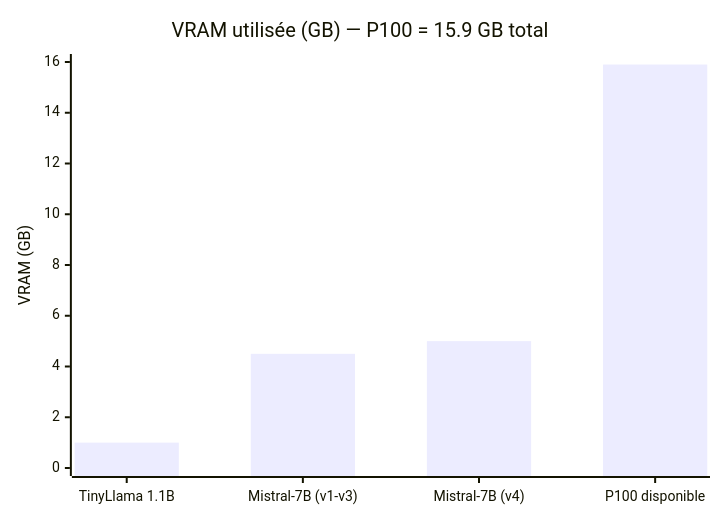
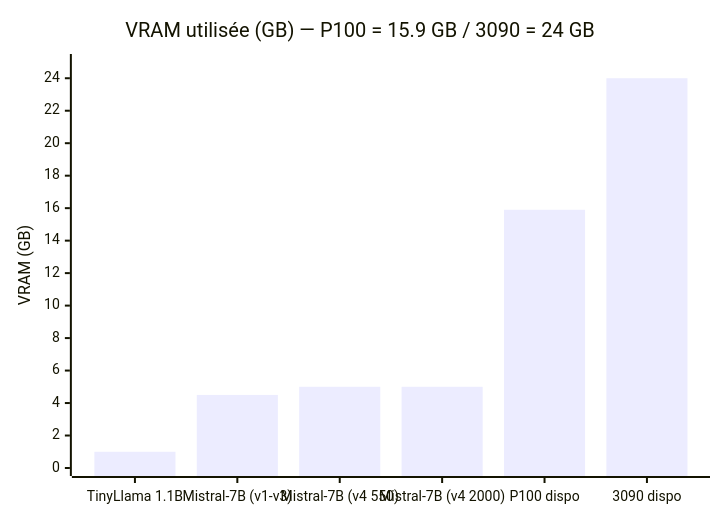
The tenth of 10 diagrams in finetune/RESULTS.md (BTGenTP/FineTuningOnTelecomCluster), drawn with Mermaid before and after one commit. The commit also changed other lines of this file and 6 other files, not shown here.

````diff
--- a/finetune/RESULTS.md
+++ b/finetune/RESULTS.md
@@ -880,7 +1088,7 @@
 ```mermaid
 xychart-beta
-    title "VRAM utilisée (GB) — P100 = 15.9 GB total"
-    x-axis ["TinyLlama 1.1B", "Mistral-7B (v1-v3)", "Mistral-7B (v4)", "P100 disponible"]
-    y-axis "VRAM (GB)" 0 --> 16
-    bar [1.0, 4.5, 5.0, 15.9]
+    title "VRAM utilisée (GB) — P100 = 15.9 GB / 3090 = 24 GB"
+    x-axis ["TinyLlama 1.1B", "Mistral-7B (v1-v3)", "Mistral-7B (v4 550)", "Mistral-7B (v4 2000)", "P100 dispo", "3090 dispo"]
+    y-axis "VRAM (GB)" 0 --> 25
+    bar [1.0, 4.5, 5.0, 5.0, 15.9, 24.0]
 ```
````
